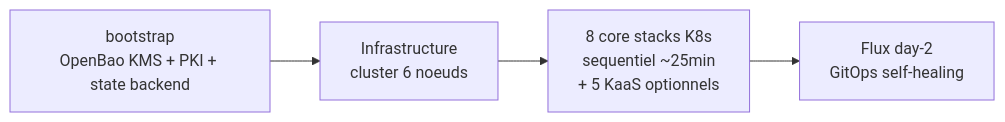
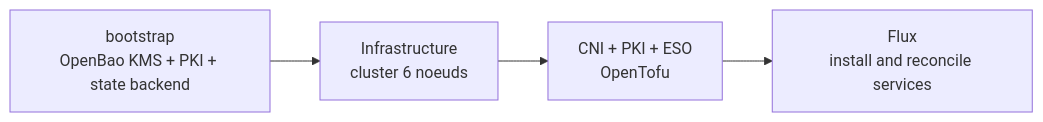
Before and after one commit to Destynova2/st4ck: the diagram in docs/index.md, drawn with Mermaid. The commit also changed other lines of this file and 265 other files, not shown here.

First line of the commit message:
feat(flux): hand platform services to Flux from day 1 (ADR-043/044)

````diff
--- a/docs/index.md
+++ b/docs/index.md
@@ -17,6 +17,6 @@
 ```mermaid
 graph LR
     KMS[bootstrap<br/>OpenBao KMS + PKI + state backend] --> INFRA[Infrastructure<br/>cluster 6 noeuds]
-    INFRA --> STACKS[8 core stacks K8s<br/>sequentiel ~25min<br/>+ 5 KaaS optionnels]
-    STACKS --> FLUX[Flux day-2<br/>GitOps self-healing]
+    INFRA --> BASE[CNI + PKI + ESO<br/>OpenTofu]
+    BASE --> FLUX[Flux<br/>install and reconcile services]
 ```
````
